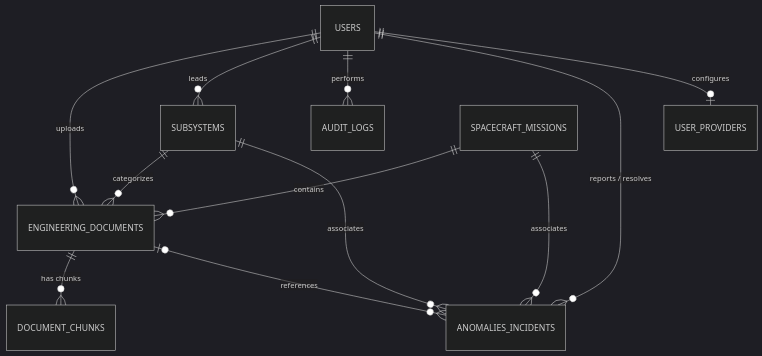
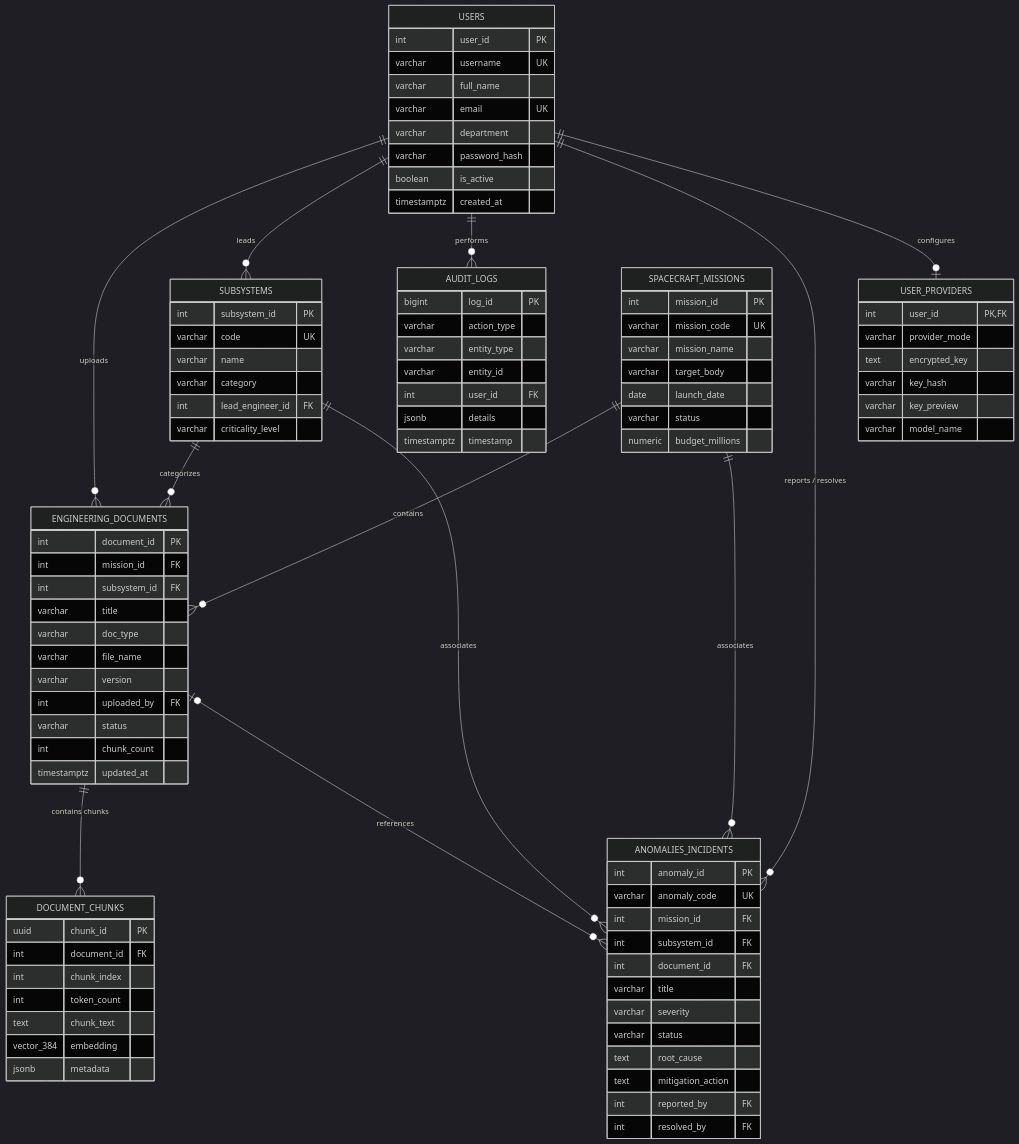
Before and after one commit to shanmugavel30072006-blip/DBMS_RAG: the second of 3 diagrams in REPORT.md, drawn with Mermaid (dark theme). The commit also changed other lines of this file and 2 other files, not shown here.

````diff
--- a/REPORT.md
+++ b/REPORT.md
@@ -46,14 +137,95 @@
 ```mermaid
 erDiagram
-  USERS ||--o{ ENGINEERING_DOCUMENTS : "uploads"
-  USERS ||--o{ SUBSYSTEMS : "leads"
-  USERS ||--o{ AUDIT_LOGS : "performs"
-  USERS ||--o{ ANOMALIES_INCIDENTS : "reports / resolves"
-  USERS ||--o| USER_PROVIDERS : "configures"
-  SPACECRAFT_MISSIONS ||--o{ ENGINEERING_DOCUMENTS : "contains"
-  SUBSYSTEMS ||--o{ ENGINEERING_DOCUMENTS : "categorizes"
-  ENGINEERING_DOCUMENTS ||--o{ DOCUMENT_CHUNKS : "has chunks"
-  SPACECRAFT_MISSIONS ||--o{ ANOMALIES_INCIDENTS : "associates"
-  SUBSYSTEMS ||--o{ ANOMALIES_INCIDENTS : "associates"
-  ENGINEERING_DOCUMENTS o|--o{ ANOMALIES_INCIDENTS : "references"
+    USERS ||--o{ ENGINEERING_DOCUMENTS : "uploads"
+    USERS ||--o{ SUBSYSTEMS : "leads"
+    USERS ||--o{ AUDIT_LOGS : "performs"
+    USERS ||--o{ ANOMALIES_INCIDENTS : "reports / resolves"
+    USERS ||--o| USER_PROVIDERS : "configures"
+    SPACECRAFT_MISSIONS ||--o{ ENGINEERING_DOCUMENTS : "contains"
+    SUBSYSTEMS ||--o{ ENGINEERING_DOCUMENTS : "categorizes"
+    ENGINEERING_DOCUMENTS ||--o{ DOCUMENT_CHUNKS : "contains chunks"
+    SPACECRAFT_MISSIONS ||--o{ ANOMALIES_INCIDENTS : "associates"
+    SUBSYSTEMS ||--o{ ANOMALIES_INCIDENTS : "associates"
+    ENGINEERING_DOCUMENTS o|--o{ ANOMALIES_INCIDENTS : "references"
+
+    USERS {
+        int user_id PK
+        varchar username UK
+        varchar full_name
+        varchar email UK
+        varchar department
+        varchar password_hash
+        boolean is_active
+        timestamptz created_at
+    }
+    SPACECRAFT_MISSIONS {
+        int mission_id PK
+        varchar mission_code UK
+        varchar mission_name
+        varchar target_body
+        date launch_date
+        varchar status
+        numeric budget_millions
+    }
+    SUBSYSTEMS {
+        int subsystem_id PK
+        varchar code UK
+        varchar name
+        varchar category
+        int lead_engineer_id FK
+        varchar criticality_level
+    }
+    ENGINEERING_DOCUMENTS {
+        int document_id PK
+        int mission_id FK
+        int subsystem_id FK
+        varchar title
+        varchar doc_type
+        varchar file_name
+        varchar version
+        int uploaded_by FK
+        varchar status
+        int chunk_count
+        timestamptz updated_at
+    }
+    DOCUMENT_CHUNKS {
+        uuid chunk_id PK
+        int document_id FK
+        int chunk_index
+        int token_count
+        text chunk_text
+        vector_384 embedding
+        jsonb metadata
+    }
+    ANOMALIES_INCIDENTS {
+        int anomaly_id PK
+        varchar anomaly_code UK
+        int mission_id FK
+        int subsystem_id FK
+        int document_id FK
+        varchar title
+        varchar severity
+        varchar status
+        text root_cause
+        text mitigation_action
+        int reported_by FK
+        int resolved_by FK
+    }
+    AUDIT_LOGS {
+        bigint log_id PK
+        varchar action_type
+        varchar entity_type
+        varchar entity_id
+        int user_id FK
+        jsonb details
+        timestamptz timestamp
+    }
+    USER_PROVIDERS {
+        int user_id PK, FK
+        varchar provider_mode
+        text encrypted_key
+        varchar key_hash
+        varchar key_preview
+        varchar model_name
+    }
 ```
````
